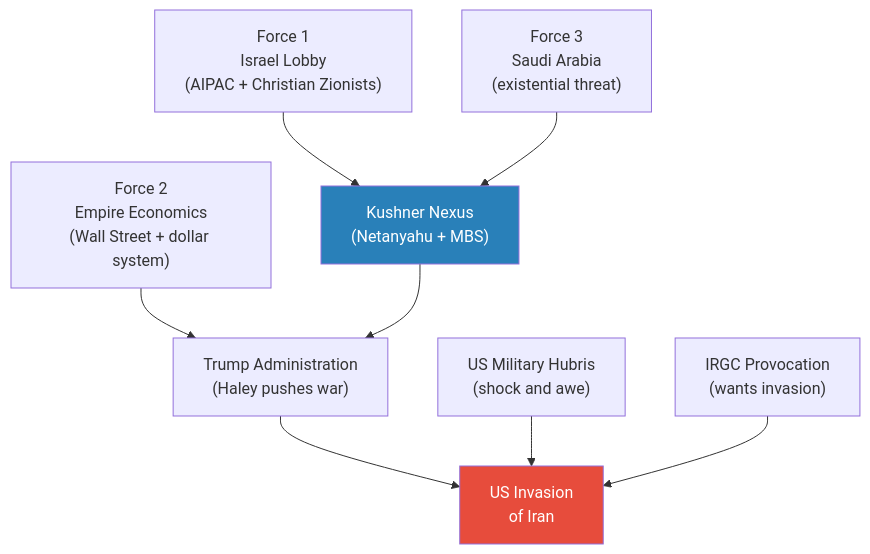
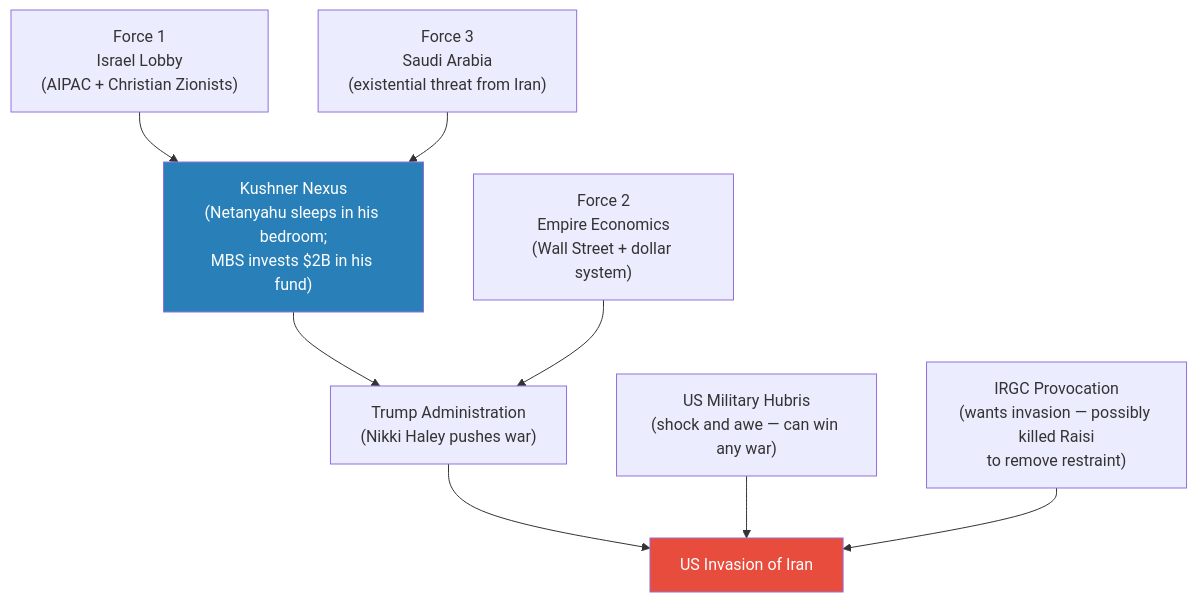
The first of 11 diagrams in summaries/Lectures/Geo-Strategy/08 - The Iran Trap.md (alius33/reader), drawn with Mermaid before and after one commit. The commit also changed other lines of this file and 26 other files, not shown here.

````diff
--- a/summaries/Lectures/Geo-Strategy/08 - The Iran Trap.md
+++ b/summaries/Lectures/Geo-Strategy/08 - The Iran Trap.md
@@ -65,20 +57,20 @@
 ```mermaid
 flowchart TB
     F1["Force 1<br/>Israel Lobby<br/>(AIPAC + Christian Zionists)"]
     F2["Force 2<br/>Empire Economics<br/>(Wall Street + dollar system)"]
-    F3["Force 3<br/>Saudi Arabia<br/>(existential threat)"]
-    K["Kushner Nexus<br/>(Netanyahu + MBS)"]
-    T["Trump Administration<br/>(Haley pushes war)"]
-    MH["US Military Hubris<br/>(shock and awe)"]
-    IRGC["IRGC Provocation<br/>(wants invasion)"]
-    WAR["US Invasion<br/>of Iran"]
+    F3["Force 3<br/>Saudi Arabia<br/>(existential threat from Iran)"]
+    K["Kushner Nexus<br/>(Netanyahu sleeps in his bedroom;<br/>MBS invests $2B in his fund)"]
+    T["Trump Administration<br/>(Nikki Haley pushes war)"]
+    MH["US Military Hubris<br/>(shock and awe — can win any war)"]
+    IRGC["IRGC Provocation<br/>(wants invasion — possibly killed Raisi<br/>to remove restraint)"]
+    WAR["US Invasion of Iran"]
     F1 --> K
-    F2 --> T
     F3 --> K
     K --> T
+    F2 --> T
     T --> WAR
     MH --> WAR
     IRGC --> WAR
     style WAR fill:#e74c3c,color:#fff
     style K fill:#2980b9,color:#fff
 ```
````
